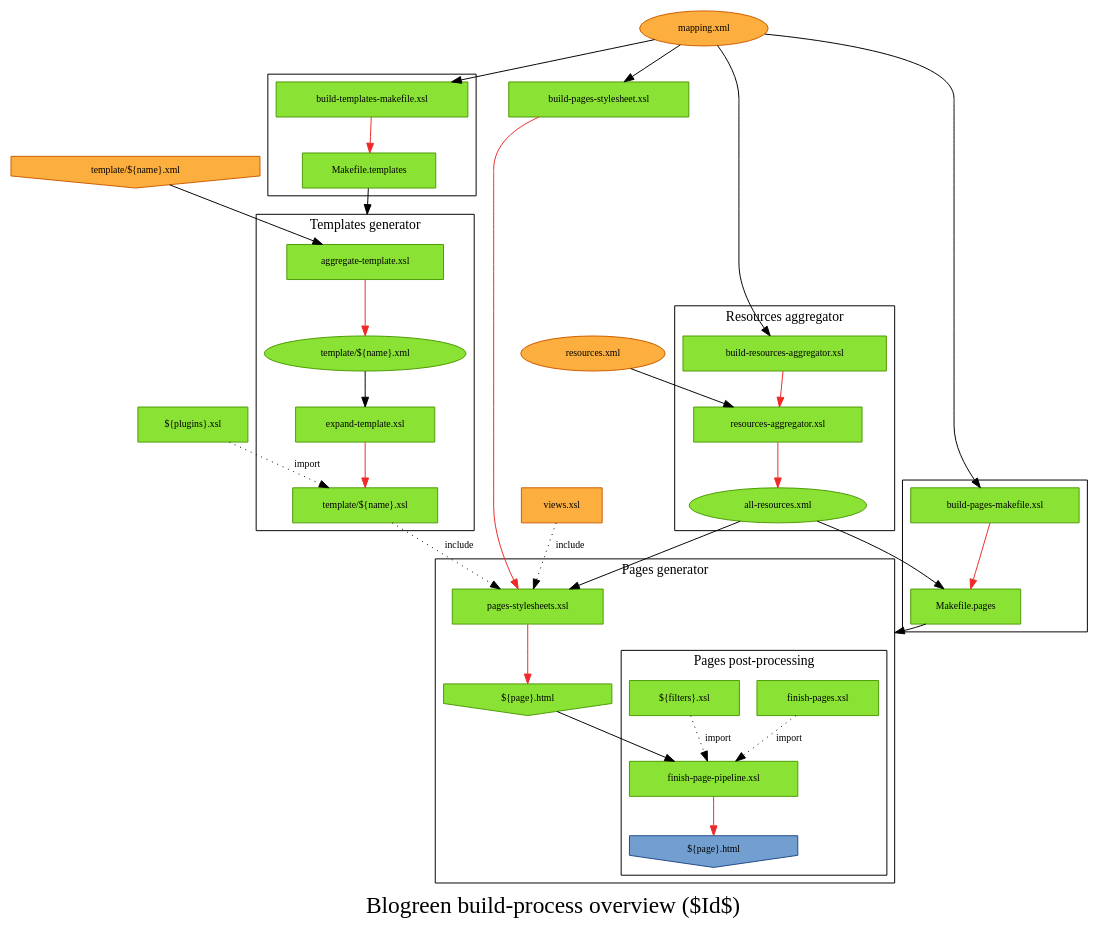
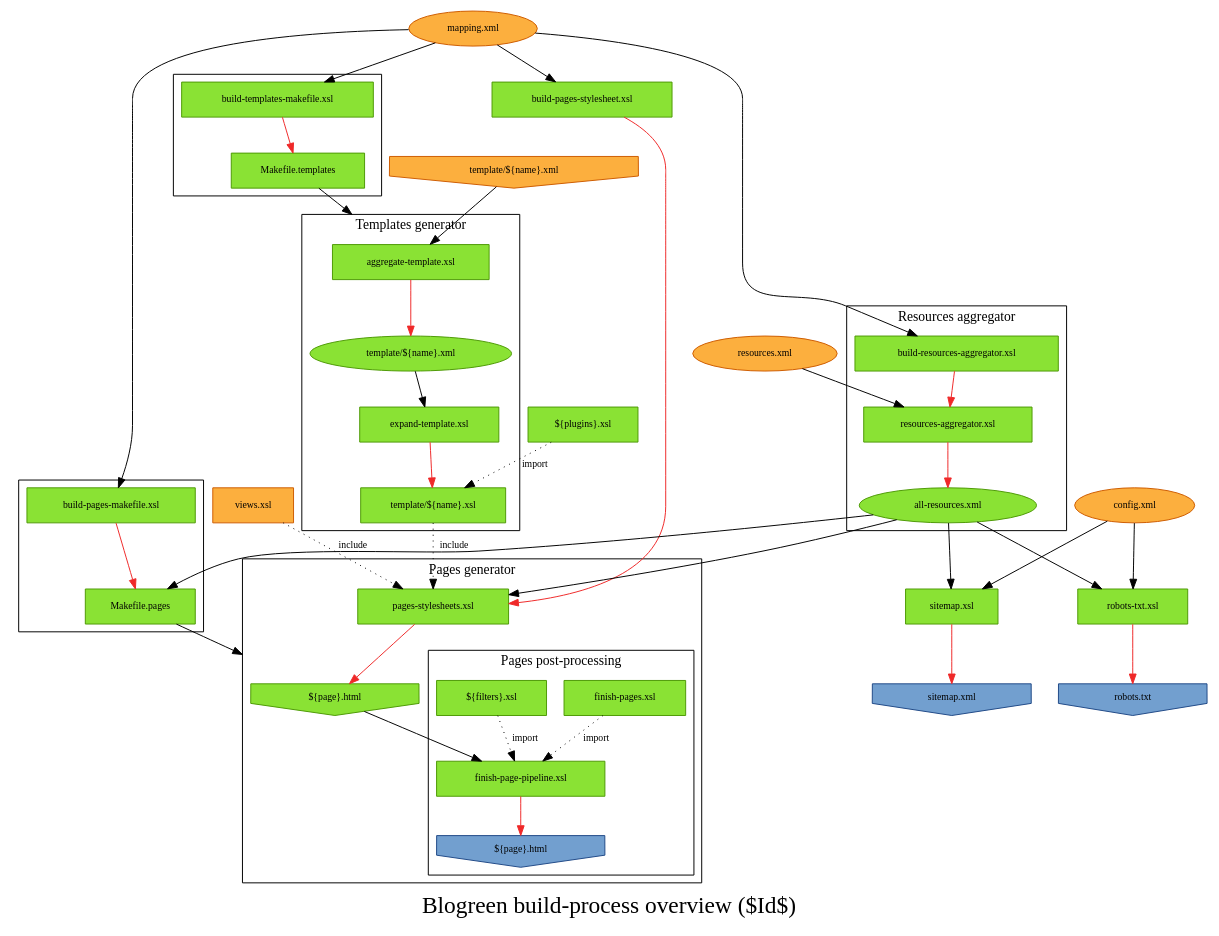
Before and after one commit to smortex/blogreen: the diagram in doc/blogreen.dot, drawn with Graphviz.

Commit message:
Document the generation process of sitemap.xml and robots.txt.

```diff
--- a/doc/blogreen.dot
+++ b/doc/blogreen.dot
@@ -1,104 +1,116 @@
 /*
  * Describe the global process of generating pages.
  */
 digraph Blogreen {
     compound=true;
     fontname=inconsolata;
     fontsize=14;
     node[fontname=inconsolata, fontsize=10, margin=".2, .1", style=filled, fillcolor="#8ae234", color="#4e9a06"];
     edge[fontname=inconsolata, fontsize=10];
 
     node[shape=box]
     res		[label="resources.xml", shape=ellipse, fillcolor="#fcaf3e", color="#ce5c00", URL="http://blogreen.org/TR/Resources", tooltip="Resources Namespace"];
     map		[label="mapping.xml",   shape=ellipse, fillcolor="#fcaf3e", color="#ce5c00", URL="http://blogreen.org/TR/Mapping",   tooltip="Mapping Namespace"];
+    config	[label="config.xml",    shape=ellipse, fillcolor="#fcaf3e", color="#ce5c00", URL="http://blogreen.org/TR/Config",    tooltip="Config Namespace"];
 
     subgraph clusterPagesMakefile {
 	bpm		[label="build-pages-makefile.xsl"];
 	pm		[label="Makefile.pages"];
     }
 
     bps		[label="build-pages-stylesheet.xsl"];
 
     subgraph clusterTemplatesMakefile {
 	btm		[label="build-templates-makefile.xsl"];
 	tm		[label="Makefile.templates"];
     }
 
     srctmplxml		[label="template/${name}.xml", shape=invhouse, fillcolor="#fcaf3e", color="#ce5c00"];
 
     subgraph clusterTemplates {
 	label = "Templates generator";
 	shape=box;
 	objtmplxml	[label="template/${name}.xml", shape=ellipse];
 	objtmplxsl	[label="template/${name}.xsl"];
 
 	at		[label="aggregate-template.xsl"];
 	et		[label="expand-template.xsl"];
 
 	at -> objtmplxml [color="#ef2929"];
 	objtmplxml -> et;
 	et -> objtmplxsl [color="#ef2929"];
     }
     srctmplxml -> at;
 
     plugins		[label="${plugins}.xsl"];
     plugins -> objtmplxsl [label=import, style=dotted];
 
     subgraph clusterResources {
 	ra		[label="resources-aggregator.xsl"];
 	bra		[label="build-resources-aggregator.xsl"];
 	allres		[label="all-resources.xml", shape=ellipse];
 
 	label = "Resources aggregator";
     }
 
     subgraph clusterPages {
 	ps		[label="pages-stylesheets.xsl"];
 	index		[label="${page}.html", shape=invhouse];
 
 	subgraph clusterFo {
 	    fp			[label="finish-pages.xsl"];
 	    filters		[label="${filters}.xsl"];
 	    fpp			[label="finish-page-pipeline.xsl"];
 	    pindex		[label="${page}.html", shape=invhouse, fillcolor="#729fcf", color="#204a87"];
 
 	    { fp; filters } -> fpp [label="import", style=dotted];
 
 	    label = "Pages post-processing";
 	}
 
 	index -> fpp;
 
 	label = "Pages generator";
     }
 
     views		[label="views.xsl", fillcolor="#fcaf3e", color="#ce5c00"];
 
     tm -> at [lhead=clusterTemplates];
 
     map -> bra;
     res -> ra;
 
     map -> bps;
     allres -> ps;
     {views; objtmplxsl} -> ps [label=include, style=dotted];
 
     map -> bpm;
     allres -> pm;
 
     map -> btm;
 
     pm -> index [lhead=clusterPages];
 
+    rs	[label="robots-txt.xsl"];
+    r	[label="robots.txt", shape=invhouse, fillcolor="#729fcf", color="#204a87"];
+    ss	[label="sitemap.xsl"];
+    s	[label="sitemap.xml", shape=invhouse, fillcolor="#729fcf", color="#204a87"];
+    config -> rs;
+    allres -> rs;
+    config -> ss;
+    allres -> ss;
+
     {
 	edge[color="#ef2929"];
 	bra -> ra -> allres;
 	bps -> ps -> index;
 	bpm -> pm;
 	btm -> tm;
 	fpp -> pindex;
+	rs -> r;
+	ss -> s;
     }
 
     fontsize=24;
     label="Blogreen build-process overview ($Id$)";
 }
```
